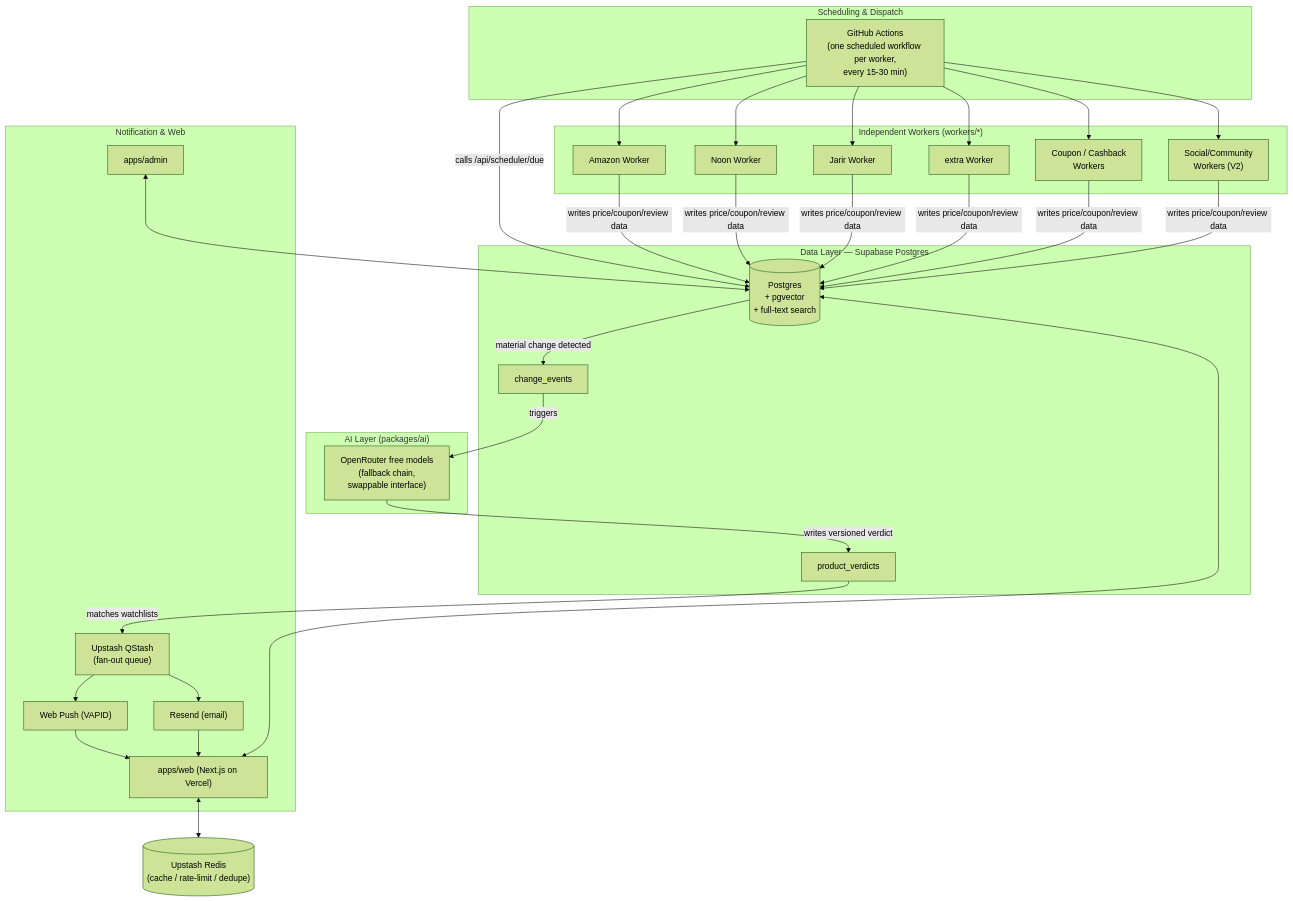
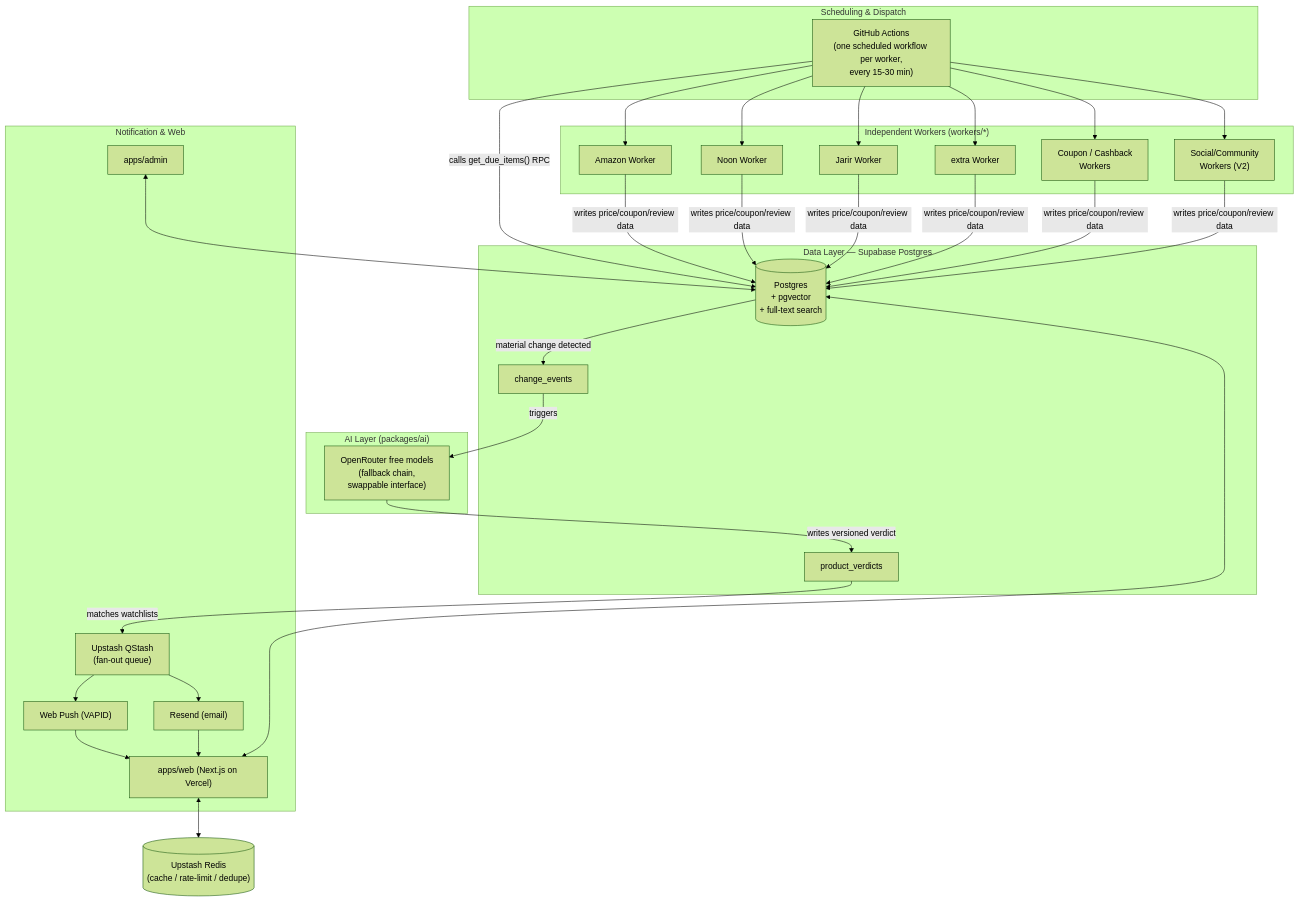
The diagram in ARCHITECTURE.md (FMRY22/AI-Shopping-Intelligence), drawn with Mermaid (forest theme) before and after one commit. The commit also changed other lines of this file and 2 other files, not shown here.

Commit message:
Add Phase 8 API design; consolidate scheduler dispatch to a Postgres RPC
Establishes three API layers: direct RLS-secured Supabase client for
simple user-owned CRUD (no custom code needed), a small set of Next.js
Route Handlers for logic RLS can't express (search ranking, admin
actions, notification delivery webhooks holding secrets), and Postgres
RPC functions for worker-only access with no HTTP layer at all. This
keeps the custom API surface small and auditable rather than
duplicating what Supabase already secures.

Corrects the scheduler dispatch mechanism introduced in ARCHITECTURE.md
and WORKERS.md: the "what's due" query is implemented as a Postgres
RPC function (get_due_items) called directly from worker scripts via
the service-role key, not a Next.js Route Handler as earlier phrased --
updates all three documents for consistency.

Designs the FR-22 admin-override feedback loop (new verdict_corrections
table, addendum to DATABASE.md) and clarifies that the AI pipeline
(change_events -> verdict -> notification) runs entirely inside a
dedicated GitHub Actions workflow, never on the user-request path.

Claude-Session: https://claude.ai/code/session_01GEPyXWNikCZyCr3zwtcwnM

````diff
--- a/ARCHITECTURE.md
+++ b/ARCHITECTURE.md
@@ -29,50 +29,50 @@
 ```mermaid
 flowchart TB
     subgraph Scheduling["Scheduling & Dispatch"]
         GHA["GitHub Actions\n(one scheduled workflow per worker,\nevery 15-30 min)"]
     end
 
     subgraph Workers["Independent Workers (workers/*)"]
         W1["Amazon Worker"]
         W2["Noon Worker"]
         W3["Jarir Worker"]
         W4["extra Worker"]
         W5["Coupon / Cashback\nWorkers"]
         W6["Social/Community\nWorkers (V2)"]
     end
 
     subgraph Data["Data Layer — Supabase Postgres"]
         DB[("Postgres\n+ pgvector\n+ full-text search")]
         CE["change_events"]
         PV["product_verdicts"]
     end
 
     subgraph Intelligence["AI Layer (packages/ai)"]
         AI["OpenRouter free models\n(fallback chain,\nswappable interface)"]
     end
 
     subgraph Delivery["Notification & Web"]
         Q["Upstash QStash\n(fan-out queue)"]
         Push["Web Push (VAPID)"]
         Email["Resend (email)"]
         Web["apps/web (Next.js on Vercel)"]
         Admin["apps/admin"]
     end
 
     Cache[("Upstash Redis\n(cache / rate-limit / dedupe)")]
 
-    GHA -->|"calls /api/scheduler/due"| DB
+    GHA -->|"calls get_due_items() RPC"| DB
     GHA --> W1 & W2 & W3 & W4 & W5 & W6
     W1 & W2 & W3 & W4 & W5 & W6 -->|"writes price/coupon/review data"| DB
     DB -->|"material change detected"| CE
     CE -->|"triggers"| AI
     AI -->|"writes versioned verdict"| PV
     PV -->|"matches watchlists"| Q
     Q --> Push
     Q --> Email
     Web <--> DB
     Web <--> Cache
     Admin <--> DB
     Push --> Web
     Email --> Web
 ```
````
